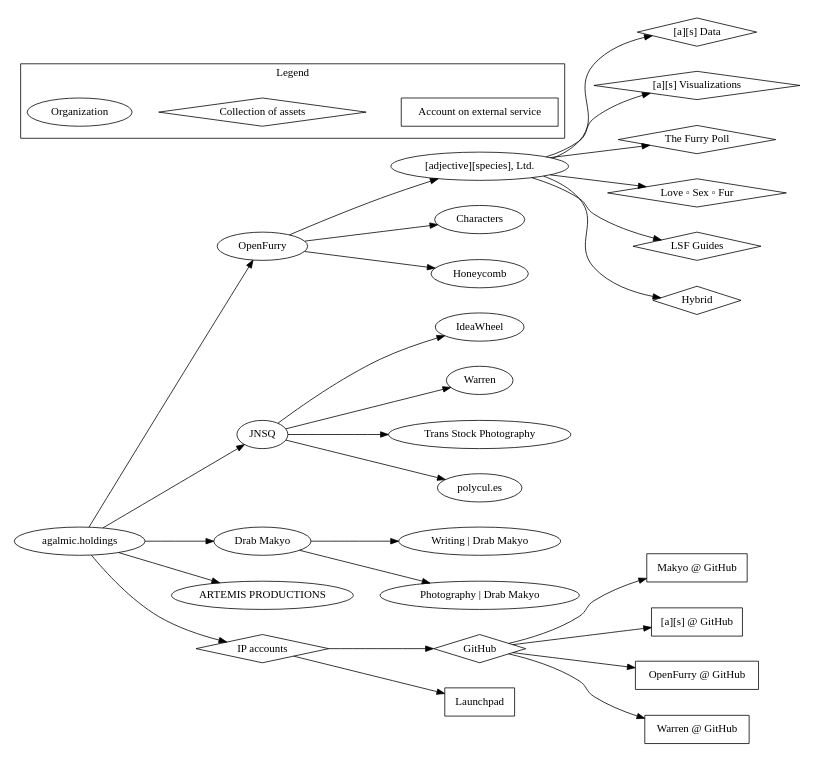
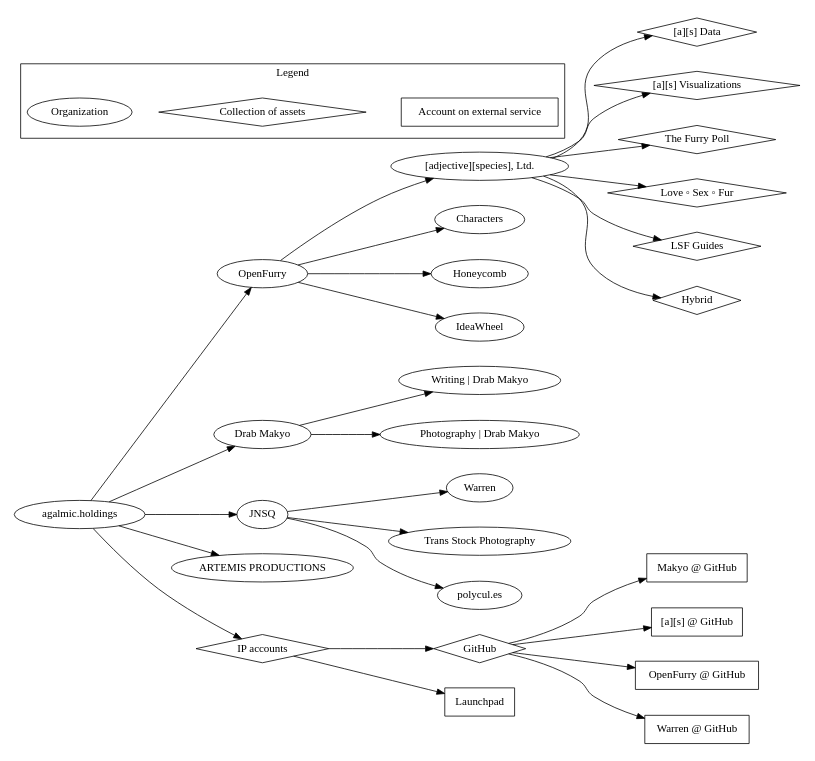
Before and after one commit to makyo/agalmic.holdings: the diagram in assets.dot, drawn with Graphviz. The commit also changed 2 other files, not shown here.

```diff
--- a/assets.dot
+++ b/assets.dot
@@ -1,99 +1,99 @@
 digraph agalmic_holdings {
 	graph [rankdir="LR" size="7.5,7" ratio="fill"]
 	node [fontname="Antykwa Torunska"]
 
 	"agalmic.holdings" [URL="http://agalmic.holdings"]
 
 	"OpenFurry" [URL="http://openfurry.org"]
 	"agalmic.holdings" -> "OpenFurry"
 
 		as [URL="http://adjectivespecies.com" label="[adjective][species], Ltd."]
 		"OpenFurry" -> as
 
 			"[a][s] Data" [shape="diamond" URL="http://adjectivespecies.com"]
 			as -> "[a][s] Data"
 
 			"[a][s] Visualizations" [shape="diamond" URL="http://vis.adjectivespecies.com"]
 			as -> "[a][s] Visualizations"
 
 			"The Furry Poll" [shape="diamond" URL="https://furrypoll.com"]
 			as -> "The Furry Poll"
 
 			"Love ◦ Sex ◦ Fur" [shape="diamond" URL="http://lovesexfur.com"]
 			as -> "Love ◦ Sex ◦ Fur"
 
 			"LSF Guides" [shape="diamond" URL="http://guides.lovesexfur.com"]
 			as -> "LSF Guides"
 
 			"Hybrid" [shape="diamond" URL="http://hybrid.ink"]
 			as -> "Hybrid"
 
 		"Characters" [URL="http://characters.openfurry.org"]
 		"OpenFurry" -> "Characters"
 
 		"Honeycomb" [URL="https://honeycomb.cafe"]
 		"OpenFurry" -> "Honeycomb"
 
 		"IdeaWheel" [URL="http://ideas.openfurry.org"]
-		"JNSQ" -> "IdeaWheel"
+		"OpenFurry" -> "IdeaWheel"
 
 	"Drab Makyo" [URL="http://drab-makyo.com"]
 	"agalmic.holdings" -> "Drab Makyo"
 
 		"Writing | Drab Makyo" [URL="http://writing.drab-makyo.com"]
 		"Drab Makyo" -> "Writing | Drab Makyo"
 
 		"Photography | Drab Makyo" [URL="http://makyo.photography"]
 		"Drab Makyo" -> "Photography | Drab Makyo"
 
 	"JNSQ" [URL="http://jnsq.us"]
 	"agalmic.holdings" -> "JNSQ"
 
 		"Warren" [URL="https://warren.community"]
 		"JNSQ" -> "Warren"
 
 		"Trans Stock Photography" [URL="http://transstock.photography"]
 		"JNSQ" -> "Trans Stock Photography"
 
 		"polycul.es" [URL="http://polycul.es"]
 		"JNSQ" -> "polycul.es"
 
 	"ARTEMIS PRODUCTIONS" [URL="http://artemis.productions"]
 	"agalmic.holdings" -> "ARTEMIS PRODUCTIONS"
 
 	"IP accounts" [shape="diamond"]
 	"agalmic.holdings" -> "IP accounts"
 
 		"GitHub" [shape="diamond"]
 		"IP accounts" -> "GitHub"
 
 			"Makyo @ GitHub" [URL="https://github.com/makyo" shape="rect"]
 			"GitHub" -> "Makyo @ GitHub"
 
 			"[a][s] @ GitHub" [URL="https://github.com/adjspecies" shape="rect"]
 			"GitHub" -> "[a][s] @ GitHub"
 
 			"OpenFurry @ GitHub" [URL="https://github.com/openfurry" shape="rect"]
 			"GitHub" -> "OpenFurry @ GitHub"
 
 			"Warren @ GitHub" [URL="https://github.com/warren-community" shape="rect"]
 			"GitHub" -> "Warren @ GitHub"
 
 		"Launchpad" [URL="https://launchpad.net/~makyo" shape="rect"]
 		"IP accounts" -> "Launchpad"
 
 	subgraph cluster {
 		label = "Legend"
 		ranksep = ".1"
 		rankdir = "LR"
 		edge [style="invis"]
 
 		"Organization"
 
 		"Collection of assets" [shape="diamond"]
 
 		"Account on external service" [shape="rect"]
 
 		"Organization" -> "Collection of assets" -> "Account on external service"
 	}
 }
```
